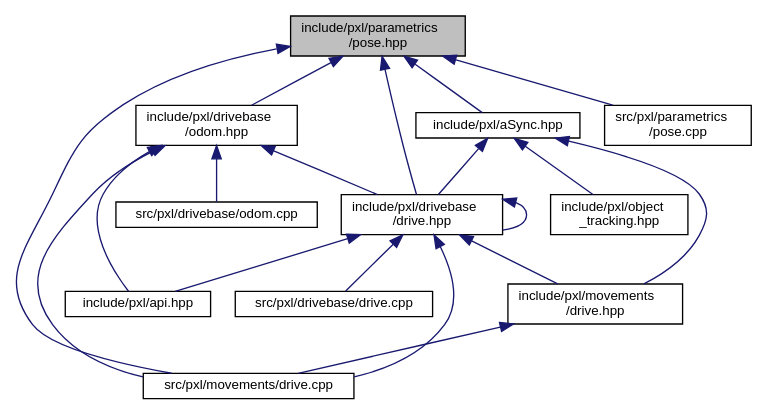
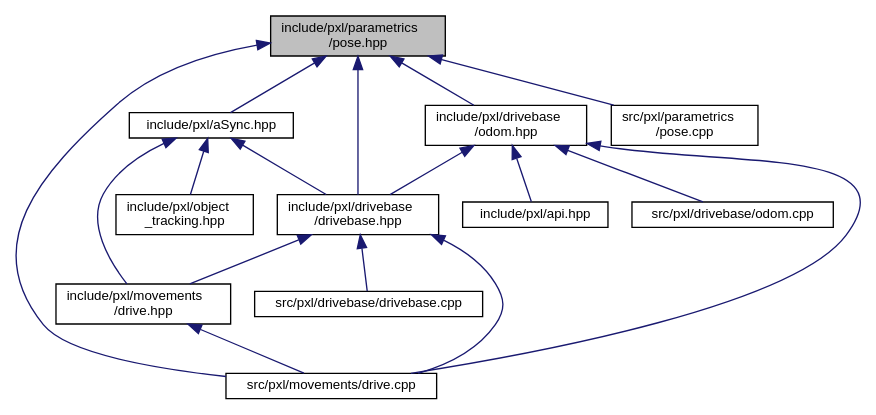
Before and after one commit to Pixel-Lib/Pixel: the diagram in pose_8hpp__dep__incl.dot, drawn with Graphviz. The commit also changed 130 other files, not shown here.

```diff
--- a/pose_8hpp__dep__incl.dot
+++ b/pose_8hpp__dep__incl.dot
@@ -1,35 +1,33 @@
 digraph "include/pxl/parametrics/pose.hpp"
 {
  // LATEX_PDF_SIZE
   edge [fontname="Helvetica",fontsize="10",labelfontname="Helvetica",labelfontsize="10"];
   node [fontname="Helvetica",fontsize="10",shape=record];
   Node1 [label="include/pxl/parametrics\l/pose.hpp",height=0.2,width=0.4,color="black", fillcolor="grey75", style="filled", fontcolor="black",tooltip=" "];
   Node1 -> Node2 [dir="back",color="midnightblue",fontsize="10",style="solid",fontname="Helvetica"];
   Node2 [label="include/pxl/aSync.hpp",height=0.2,width=0.4,color="black", fillcolor="white", style="filled",URL="$aSync_8hpp.html",tooltip=" "];
   Node2 -> Node3 [dir="back",color="midnightblue",fontsize="10",style="solid",fontname="Helvetica"];
-  Node3 [label="include/pxl/drivebase\l/drive.hpp",height=0.2,width=0.4,color="black", fillcolor="white", style="filled",URL="$drivebase_2drive_8hpp.html",tooltip=" "];
+  Node3 [label="include/pxl/drivebase\l/drivebase.hpp",height=0.2,width=0.4,color="black", fillcolor="white", style="filled",URL="$drivebase_8hpp.html",tooltip=" "];
   Node3 -> Node4 [dir="back",color="midnightblue",fontsize="10",style="solid",fontname="Helvetica"];
-  Node4 [label="include/pxl/api.hpp",height=0.2,width=0.4,color="black", fillcolor="white", style="filled",URL="$api_8hpp.html",tooltip=" "];
-  Node3 -> Node3 [dir="back",color="midnightblue",fontsize="10",style="solid",fontname="Helvetica"];
+  Node4 [label="include/pxl/movements\l/drive.hpp",height=0.2,width=0.4,color="black", fillcolor="white", style="filled",URL="$drive_8hpp.html",tooltip=" "];
+  Node4 -> Node5 [dir="back",color="midnightblue",fontsize="10",style="solid",fontname="Helvetica"];
+  Node5 [label="src/pxl/movements/drive.cpp",height=0.2,width=0.4,color="black", fillcolor="white", style="filled",URL="$drive_8cpp.html",tooltip=" "];
+  Node3 -> Node6 [dir="back",color="midnightblue",fontsize="10",style="solid",fontname="Helvetica"];
+  Node6 [label="src/pxl/drivebase/drivebase.cpp",height=0.2,width=0.4,color="black", fillcolor="white", style="filled",URL="$drivebase_8cpp.html",tooltip=" "];
   Node3 -> Node5 [dir="back",color="midnightblue",fontsize="10",style="solid",fontname="Helvetica"];
-  Node5 [label="include/pxl/movements\l/drive.hpp",height=0.2,width=0.4,color="black", fillcolor="white", style="filled",URL="$movements_2drive_8hpp.html",tooltip=" "];
-  Node5 -> Node6 [dir="back",color="midnightblue",fontsize="10",style="solid",fontname="Helvetica"];
-  Node6 [label="src/pxl/movements/drive.cpp",height=0.2,width=0.4,color="black", fillcolor="white", style="filled",URL="$movements_2drive_8cpp.html",tooltip=" "];
-  Node3 -> Node7 [dir="back",color="midnightblue",fontsize="10",style="solid",fontname="Helvetica"];
-  Node7 [label="src/pxl/drivebase/drive.cpp",height=0.2,width=0.4,color="black", fillcolor="white", style="filled",URL="$drivebase_2drive_8cpp.html",tooltip=" "];
-  Node3 -> Node6 [dir="back",color="midnightblue",fontsize="10",style="solid",fontname="Helvetica"];
-  Node2 -> Node5 [dir="back",color="midnightblue",fontsize="10",style="solid",fontname="Helvetica"];
-  Node2 -> Node8 [dir="back",color="midnightblue",fontsize="10",style="solid",fontname="Helvetica"];
-  Node8 [label="include/pxl/object\l_tracking.hpp",height=0.2,width=0.4,color="black", fillcolor="white", style="filled",URL="$object__tracking_8hpp.html",tooltip=" "];
+  Node2 -> Node4 [dir="back",color="midnightblue",fontsize="10",style="solid",fontname="Helvetica"];
+  Node2 -> Node7 [dir="back",color="midnightblue",fontsize="10",style="solid",fontname="Helvetica"];
+  Node7 [label="include/pxl/object\l_tracking.hpp",height=0.2,width=0.4,color="black", fillcolor="white", style="filled",URL="$object__tracking_8hpp.html",tooltip=" "];
   Node1 -> Node3 [dir="back",color="midnightblue",fontsize="10",style="solid",fontname="Helvetica"];
-  Node1 -> Node9 [dir="back",color="midnightblue",fontsize="10",style="solid",fontname="Helvetica"];
-  Node9 [label="include/pxl/drivebase\l/odom.hpp",height=0.2,width=0.4,color="black", fillcolor="white", style="filled",URL="$odom_8hpp.html",tooltip=" "];
-  Node9 -> Node4 [dir="back",color="midnightblue",fontsize="10",style="solid",fontname="Helvetica"];
-  Node9 -> Node3 [dir="back",color="midnightblue",fontsize="10",style="solid",fontname="Helvetica"];
-  Node9 -> Node10 [dir="back",color="midnightblue",fontsize="10",style="solid",fontname="Helvetica"];
+  Node1 -> Node8 [dir="back",color="midnightblue",fontsize="10",style="solid",fontname="Helvetica"];
+  Node8 [label="include/pxl/drivebase\l/odom.hpp",height=0.2,width=0.4,color="black", fillcolor="white", style="filled",URL="$odom_8hpp.html",tooltip=" "];
+  Node8 -> Node9 [dir="back",color="midnightblue",fontsize="10",style="solid",fontname="Helvetica"];
+  Node9 [label="include/pxl/api.hpp",height=0.2,width=0.4,color="black", fillcolor="white", style="filled",URL="$api_8hpp.html",tooltip=" "];
+  Node8 -> Node3 [dir="back",color="midnightblue",fontsize="10",style="solid",fontname="Helvetica"];
+  Node8 -> Node10 [dir="back",color="midnightblue",fontsize="10",style="solid",fontname="Helvetica"];
   Node10 [label="src/pxl/drivebase/odom.cpp",height=0.2,width=0.4,color="black", fillcolor="white", style="filled",URL="$odom_8cpp.html",tooltip=" "];
-  Node9 -> Node6 [dir="back",color="midnightblue",fontsize="10",style="solid",fontname="Helvetica"];
-  Node1 -> Node6 [dir="back",color="midnightblue",fontsize="10",style="solid",fontname="Helvetica"];
+  Node8 -> Node5 [dir="back",color="midnightblue",fontsize="10",style="solid",fontname="Helvetica"];
+  Node1 -> Node5 [dir="back",color="midnightblue",fontsize="10",style="solid",fontname="Helvetica"];
   Node1 -> Node11 [dir="back",color="midnightblue",fontsize="10",style="solid",fontname="Helvetica"];
   Node11 [label="src/pxl/parametrics\l/pose.cpp",height=0.2,width=0.4,color="black", fillcolor="white", style="filled",URL="$pose_8cpp.html",tooltip=" "];
 }
```
